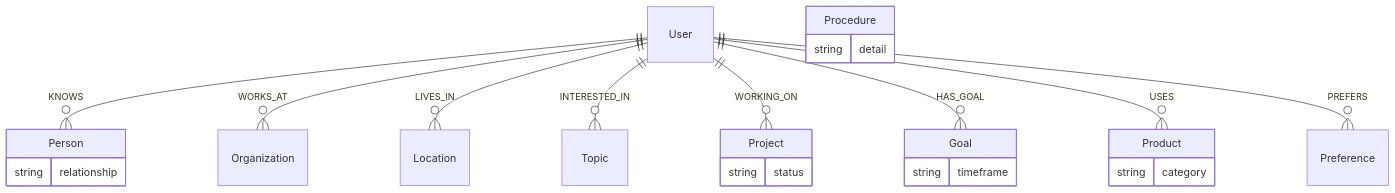
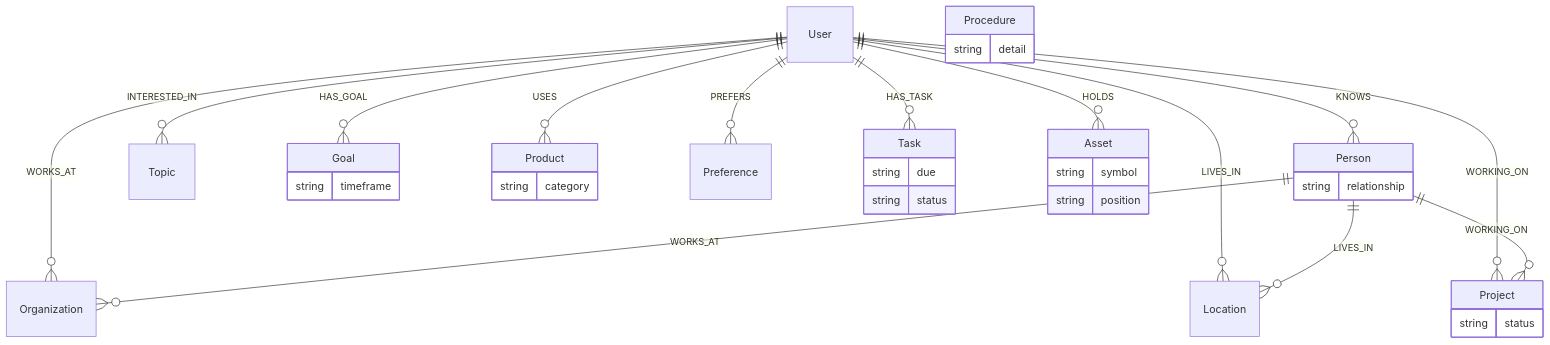
The third of 3 diagrams in docs/memory.md (kwami-labs/kwami-lk-agent), drawn with Mermaid before and after one commit. The commit also changed 9 other files, not shown here.

First line of the commit message:
feat(memory): recall people and things, remember into the graph

````diff
--- a/docs/memory.md
+++ b/docs/memory.md
@@ -128,27 +128,40 @@
 ```mermaid
 erDiagram
     User ||--o{ Person : KNOWS
     User ||--o{ Organization : WORKS_AT
     User ||--o{ Location : LIVES_IN
     User ||--o{ Topic : INTERESTED_IN
     User ||--o{ Project : WORKING_ON
     User ||--o{ Goal : HAS_GOAL
     User ||--o{ Product : USES
     User ||--o{ Preference : PREFERS
+    User ||--o{ Task : HAS_TASK
+    User ||--o{ Asset : HOLDS
+    Person ||--o{ Organization : WORKS_AT
+    Person ||--o{ Location : LIVES_IN
+    Person ||--o{ Project : WORKING_ON
 
     Person {
         string relationship
     }
     Project {
         string status
     }
     Product {
         string category
     }
     Goal {
         string timeframe
     }
     Procedure {
         string detail
     }
+    Task {
+        string due
+        string status
+    }
+    Asset {
+        string symbol
+        string position
+    }
 ```
````
